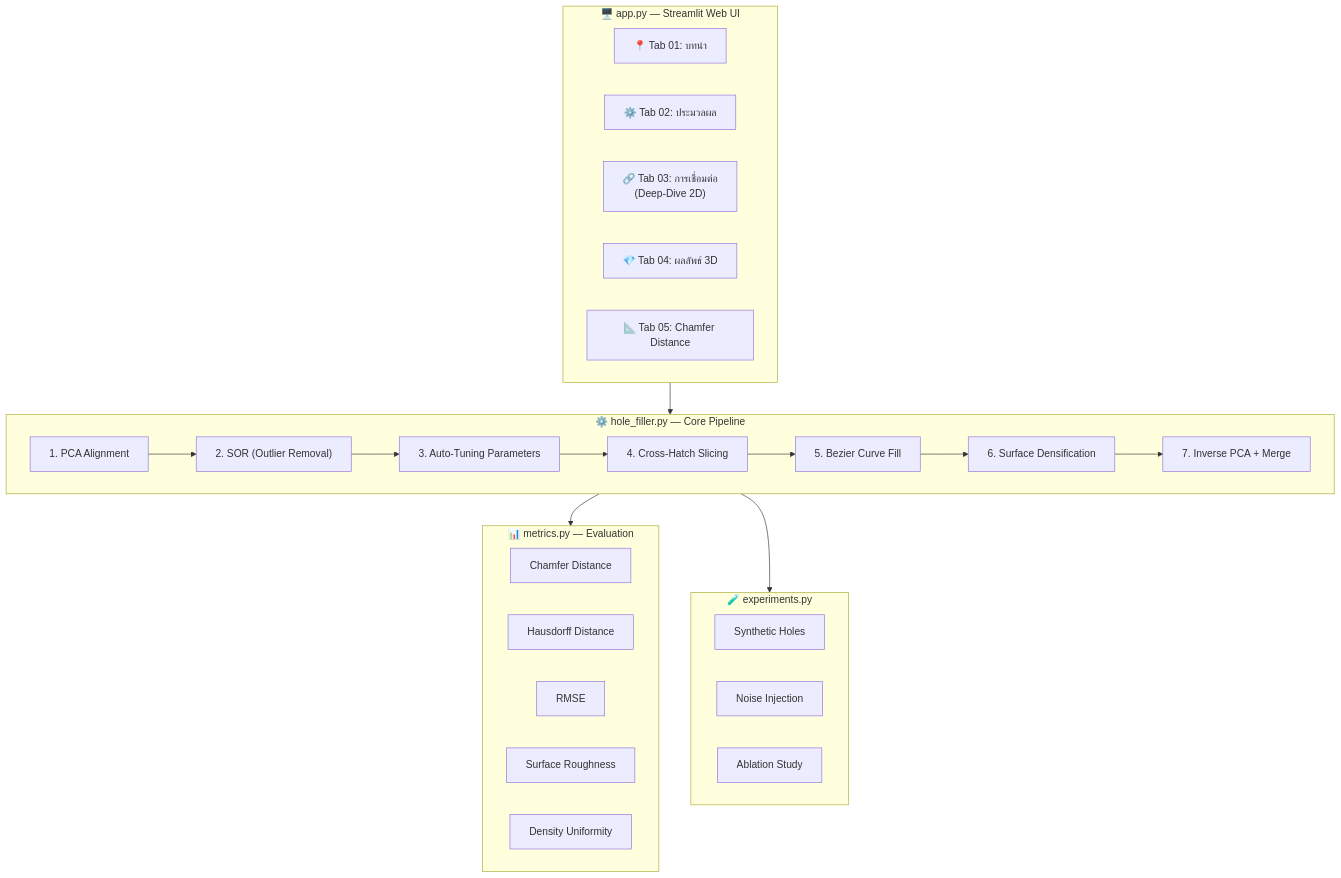
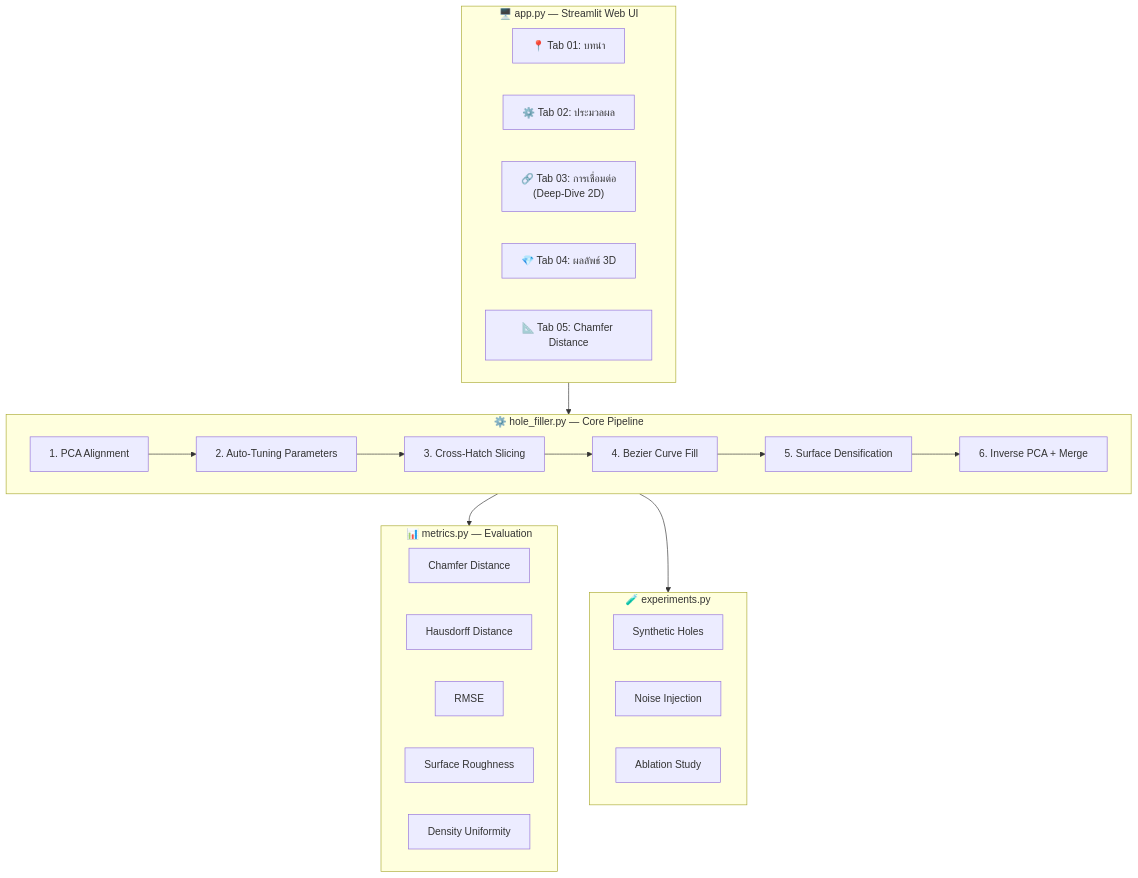
One commit to anfar09/bezier_2B69 changed the diagram in README.md. Above: the diagram before and after it, drawn with Mermaid. The commit also changed other lines of this file and 4 other files, not shown here.

Commit message:
refactor: remove Statistical Outlier Removal (SOR) module and update UI/config for responsive layout

````diff
--- a/README.md
+++ b/README.md
@@ -88,39 +88,38 @@
 ```mermaid
 graph TB
     subgraph UI["🖥️ app.py — Streamlit Web UI"]
         T1["📍 Tab 01: บทนำ"]
         T2["⚙️ Tab 02: ประมวลผล"]
         T3["🔗 Tab 03: การเชื่อมต่อ<br/>(Deep-Dive 2D)"]
         T4["💎 Tab 04: ผลลัพธ์ 3D"]
         T5["📐 Tab 05: Chamfer Distance"]
     end
 
     subgraph Core["⚙️ hole_filler.py — Core Pipeline"]
         S1["1. PCA Alignment"]
-        S2["2. SOR (Outlier Removal)"]
-        S3["3. Auto-Tuning Parameters"]
-        S4["4. Cross-Hatch Slicing"]
-        S5["5. Bezier Curve Fill"]
-        S6["6. Surface Densification"]
-        S7["7. Inverse PCA + Merge"]
-        S1 --> S2 --> S3 --> S4 --> S5 --> S6 --> S7
+        S3["2. Auto-Tuning Parameters"]
+        S4["3. Cross-Hatch Slicing"]
+        S5["4. Bezier Curve Fill"]
+        S6["5. Surface Densification"]
+        S7["6. Inverse PCA + Merge"]
+        S1 --> S3 --> S4 --> S5 --> S6 --> S7
     end
 
     subgraph Eval["📊 metrics.py — Evaluation"]
         M1["Chamfer Distance"]
         M2["Hausdorff Distance"]
         M3["RMSE"]
         M4["Surface Roughness"]
         M5["Density Uniformity"]
     end
 
     subgraph Exp["🧪 experiments.py"]
         E1["Synthetic Holes"]
         E2["Noise Injection"]
         E3["Ablation Study"]
     end
 
     UI --> Core
     Core --> Eval
     Core --> Exp
 ```
````
